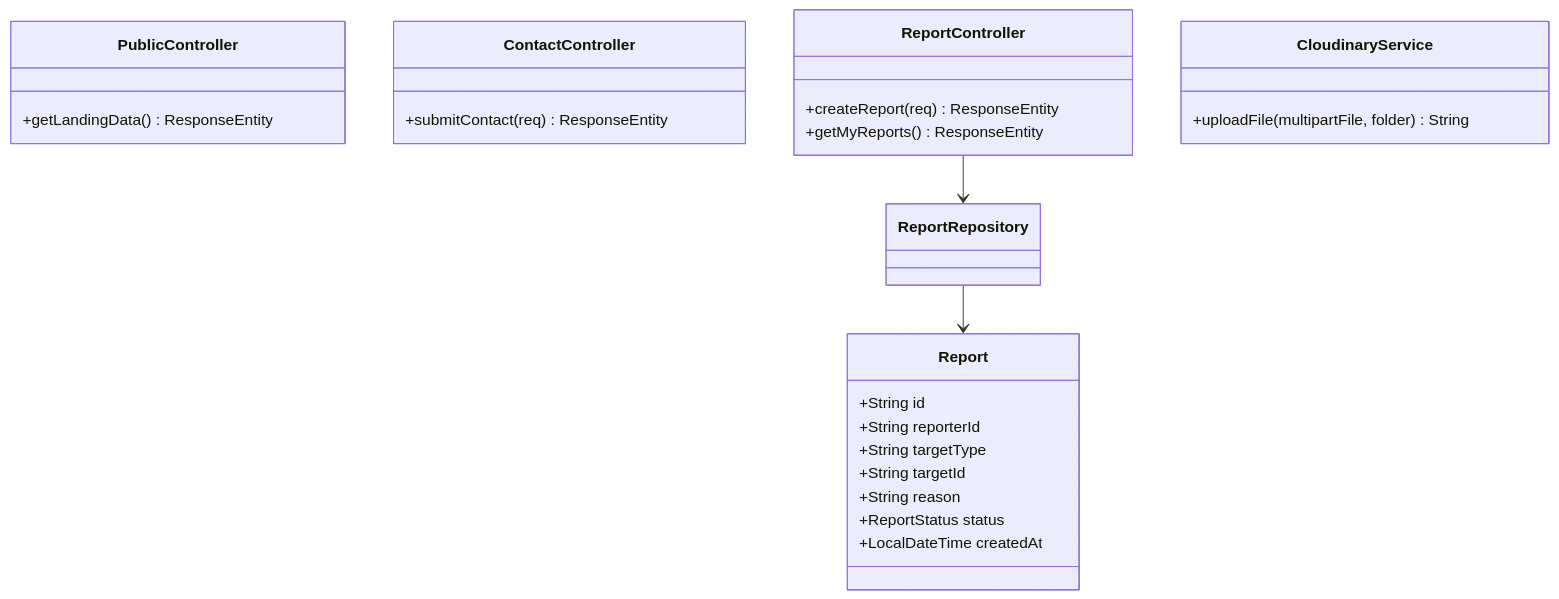
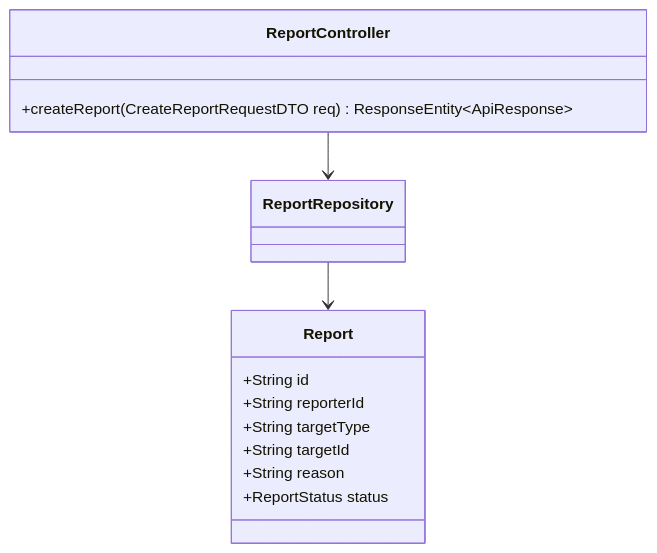
One commit to The-MC-Hub/MC_Voice_Training_Backend changed the fifth of 8 diagrams in docs/use-cases/UC-08-support-public.md. Above: the diagram before and after it, drawn with Mermaid. The commit also changed other lines of this file and 12 other files, not shown here.

Commit message:
docs(use-cases): fully expand all sub-use-cases across all 13 UC files with dedicated Class Diagrams, Sequence Diagrams, and Unit Tests

````diff
--- a/docs/use-cases/UC-08-support-public.md
+++ b/docs/use-cases/UC-08-support-public.md
@@ -26,32 +100,16 @@
 ```mermaid
 classDiagram
-    class PublicController {
-        +getLandingData() ResponseEntity
+    class ReportController {
+        +createReport(CreateReportRequestDTO req) ResponseEntity~ApiResponse~
     }
-
-    class ContactController {
-        +submitContact(req) ResponseEntity
-    }
-
-    class ReportController {
-        +createReport(req) ResponseEntity
-        +getMyReports() ResponseEntity
-    }
-
-    class CloudinaryService {
-        +uploadFile(multipartFile, folder) String
-    }
-
     class Report {
         +String id
         +String reporterId
         +String targetType
         +String targetId
         +String reason
         +ReportStatus status
-        +LocalDateTime createdAt
     }
-
     ReportController --> ReportRepository
     ReportRepository --> Report
 ```
````
